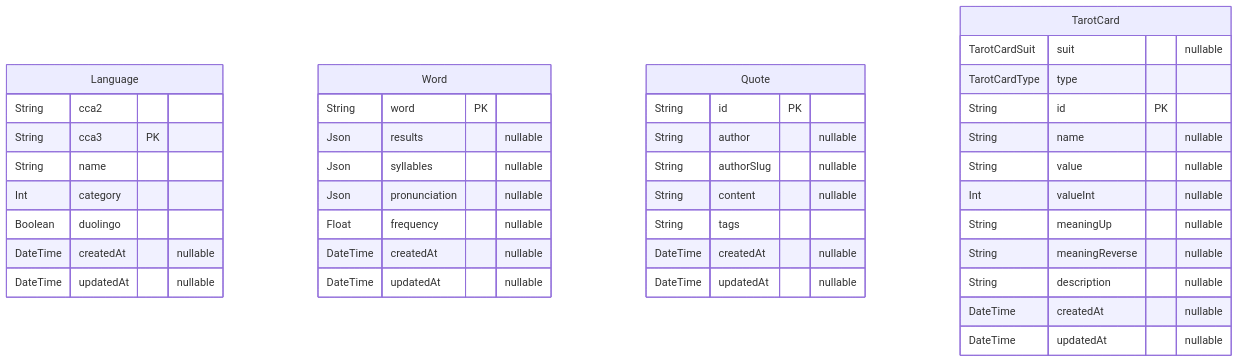
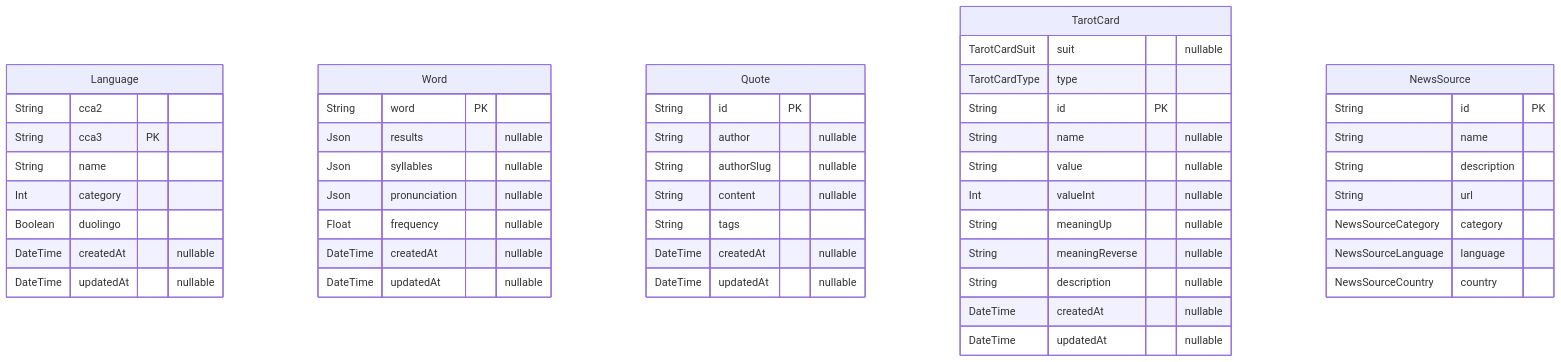
Before and after one commit to hieudoanm/hieudoanm.github.io: the diagram in app/broca/prisma/README.md, drawn with Mermaid. The commit also changed other lines of this file and 19 other files, not shown here.

````diff
--- a/app/broca/prisma/README.md
+++ b/app/broca/prisma/README.md
@@ -7,43 +7,52 @@
 ```mermaid
 erDiagram
 "Language" {
     String cca2
     String cca3 PK
     String name
     Int category
     Boolean duolingo
     DateTime createdAt "nullable"
     DateTime updatedAt "nullable"
 }
 "Word" {
     String word PK
     Json results "nullable"
     Json syllables "nullable"
     Json pronunciation "nullable"
     Float frequency "nullable"
     DateTime createdAt "nullable"
     DateTime updatedAt "nullable"
 }
 "Quote" {
     String id PK
     String author "nullable"
     String authorSlug "nullable"
     String content "nullable"
     String tags
     DateTime createdAt "nullable"
     DateTime updatedAt "nullable"
 }
 "TarotCard" {
     TarotCardSuit suit "nullable"
     TarotCardType type
     String id PK
     String name "nullable"
     String value "nullable"
     Int valueInt "nullable"
     String meaningUp "nullable"
     String meaningReverse "nullable"
     String description "nullable"
     DateTime createdAt "nullable"
     DateTime updatedAt "nullable"
 }
+"NewsSource" {
+    String id PK
+    String name
+    String description
+    String url
+    NewsSourceCategory category
+    NewsSourceLanguage language
+    NewsSourceCountry country
+}
 ```
````
